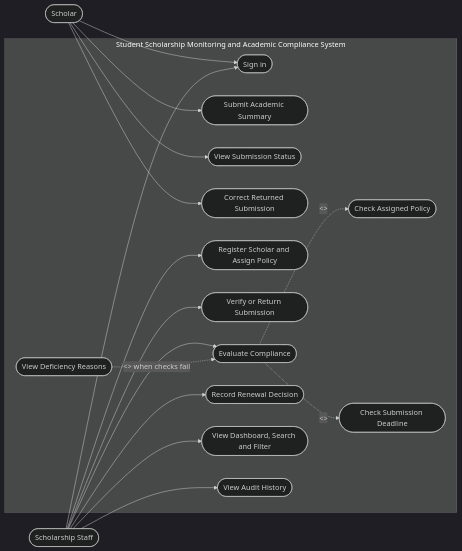
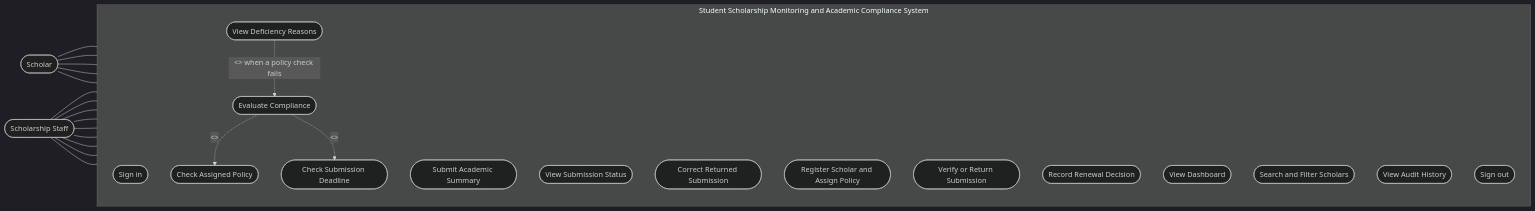
Before and after one commit to candariconrado-design/SAD-Midterm-Scholarship-System: the first of 2 diagrams in docs/DIAGRAMS.md, drawn with Mermaid (dark theme). The commit also changed other lines of this file and 9 other files, not shown here.

````diff
--- a/docs/DIAGRAMS.md
+++ b/docs/DIAGRAMS.md
@@ -7,34 +7,44 @@
 ```mermaid
 flowchart LR
   Scholar([Scholar])
   Staff([Scholarship Staff])
+
   subgraph System["Student Scholarship Monitoring and Academic Compliance System"]
+    direction TB
     Login([Sign in])
     Submit([Submit Academic Summary])
     Status([View Submission Status])
     Correct([Correct Returned Submission])
     Register([Register Scholar and Assign Policy])
     Verify([Verify or Return Submission])
     Evaluate([Evaluate Compliance])
     Policy([Check Assigned Policy])
     Deadline([Check Submission Deadline])
     Reasons([View Deficiency Reasons])
     Renewal([Record Renewal Decision])
-    Dashboard([View Dashboard, Search and Filter])
+    Dashboard([View Dashboard])
+    Search([Search and Filter Scholars])
     History([View Audit History])
+    Logout([Sign out])
   end
-  Scholar --> Login
-  Scholar --> Submit
-  Scholar --> Status
-  Scholar --> Correct
-  Staff --> Login
-  Staff --> Register
-  Staff --> Verify
-  Staff --> Evaluate
-  Staff --> Renewal
-  Staff --> Dashboard
-  Staff --> History
+
+  Scholar --- Login
+  Scholar --- Submit
+  Scholar --- Status
+  Scholar --- Correct
+  Scholar --- Logout
+
+  Staff --- Login
+  Staff --- Register
+  Staff --- Verify
+  Staff --- Evaluate
+  Staff --- Renewal
+  Staff --- Dashboard
+  Staff --- Search
+  Staff --- History
+  Staff --- Logout
+
   Evaluate -. "<<include>>" .-> Policy
   Evaluate -. "<<include>>" .-> Deadline
-  Reasons -. "<<extend>> when checks fail" .-> Evaluate
+  Reasons -. "<<extend>> when a policy check fails" .-> Evaluate
 ```
````
